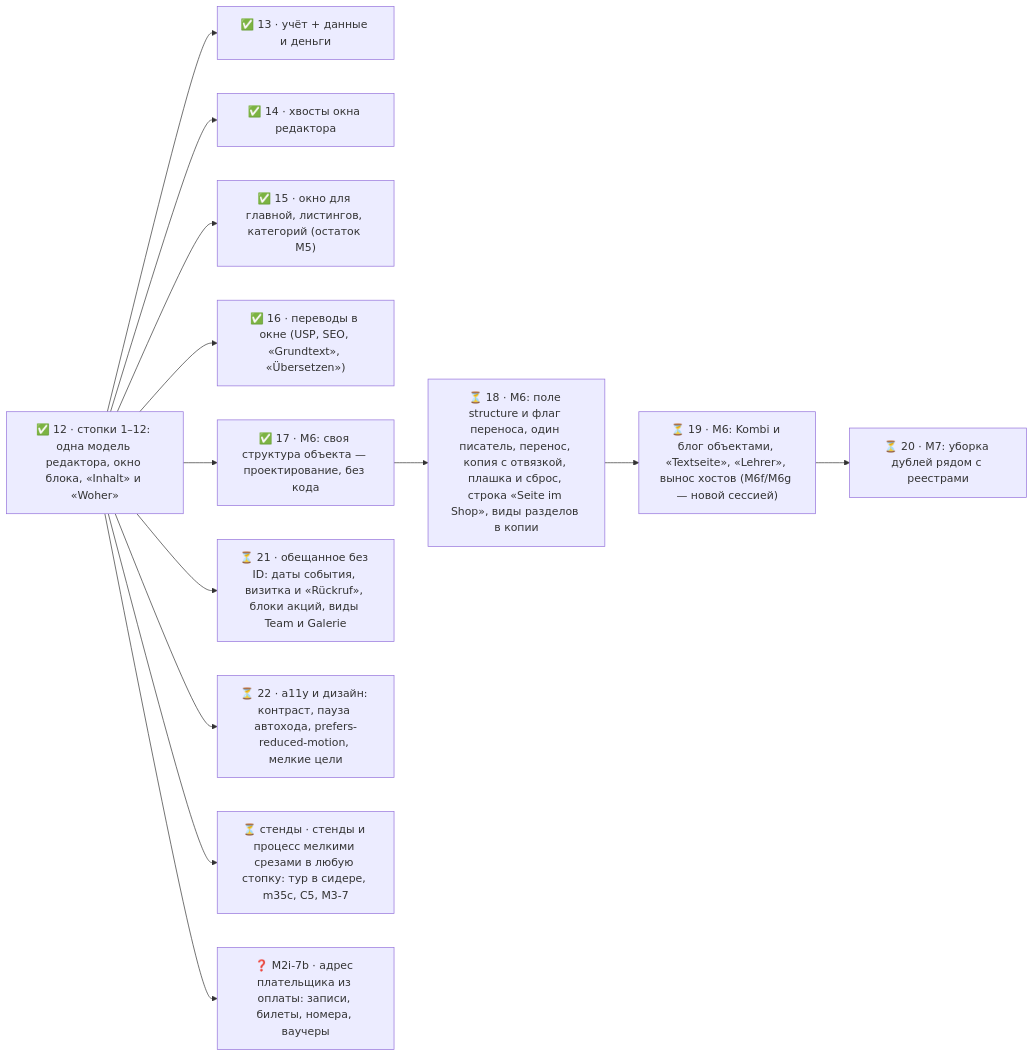
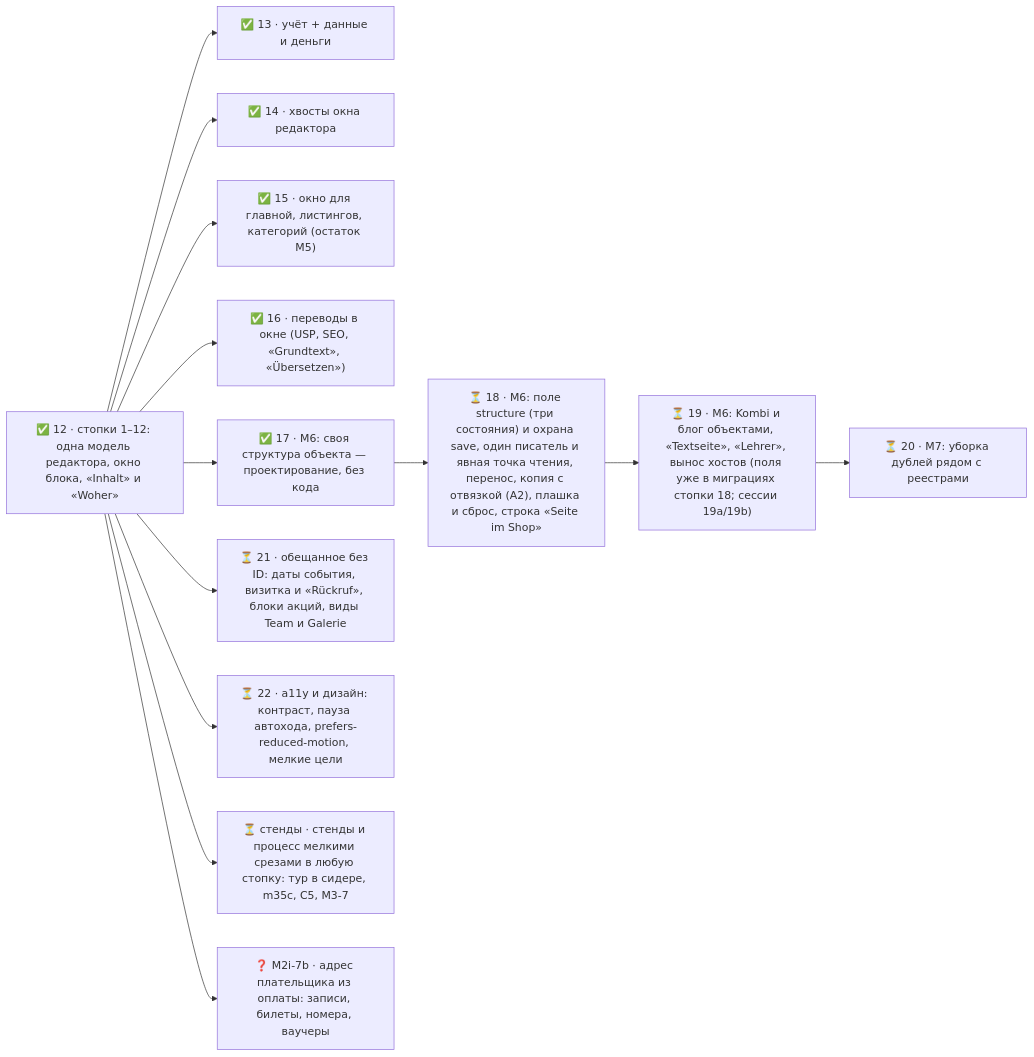
One commit to yppolyakov-wq/siteadaptor-platform changed the diagram in docs/fb33-map.md. Above: the diagram before and after it, drawn with Mermaid. The commit also changed other lines of this file and 8 other files, not shown here.

````diff
--- a/docs/fb33-map.md
+++ b/docs/fb33-map.md
@@ -37,28 +37,28 @@
 ```mermaid
 flowchart LR
   s12["✅ 12 · стопки 1–12: одна модель редактора, окно блока, «Inhalt» и «Woher»"]
   s13["✅ 13 · учёт + данные и деньги"]
   s14["✅ 14 · хвосты окна редактора"]
   s15["✅ 15 · окно для главной, листингов, категорий (остаток M5)"]
   s16["✅ 16 · переводы в окне (USP, SEO, «Grundtext», «Übersetzen»)"]
   s17["✅ 17 · M6: своя структура объекта — проектирование, без кода"]
-  s18["⏳ 18 · M6: поле structure и флаг переноса, один писатель, перенос, копия с отвязкой, плашка и сброс, строка «Seite im Shop», виды разделов в копии"]
-  s19["⏳ 19 · M6: Kombi и блог объектами, «Textseite», «Lehrer», вынос хостов (M6f/M6g — новой сессией)"]
+  s18["⏳ 18 · M6: поле structure (три состояния) и охрана save, один писатель и явная точка чтения, перенос, копия с отвязкой (A2), плашка и сброс, строка «Seite im Shop»"]
+  s19["⏳ 19 · M6: Kombi и блог объектами, «Textseite», «Lehrer», вынос хостов (поля уже в миграциях стопки 18; сессии 19a/19b)"]
   s20["⏳ 20 · M7: уборка дублей рядом с реестрами"]
   s21["⏳ 21 · обещанное без ID: даты события, визитка и «Rückruf», блоки акций, виды Team и Galerie"]
   s22["⏳ 22 · a11y и дизайн: контраст, пауза автохода, prefers-reduced-motion, мелкие цели"]
   s_u441_u442_u435_u43d_u434_u44b["⏳ стенды · стенды и процесс мелкими срезами в любую стопку: тур в сидере, m35c, C5, M3-7"]
   sM2i_u2d7b["❓ M2i-7b · адрес плательщика из оплаты: записи, билеты, номера, ваучеры"]
   s12 --> s13
   s12 --> s14
   s12 --> s15
   s12 --> s16
   s12 --> s17
   s17 --> s18
   s18 --> s19
   s19 --> s20
   s12 --> s21
   s12 --> s22
   s12 --> s_u441_u442_u435_u43d_u434_u44b
   s12 --> sM2i_u2d7b
 ```
````
